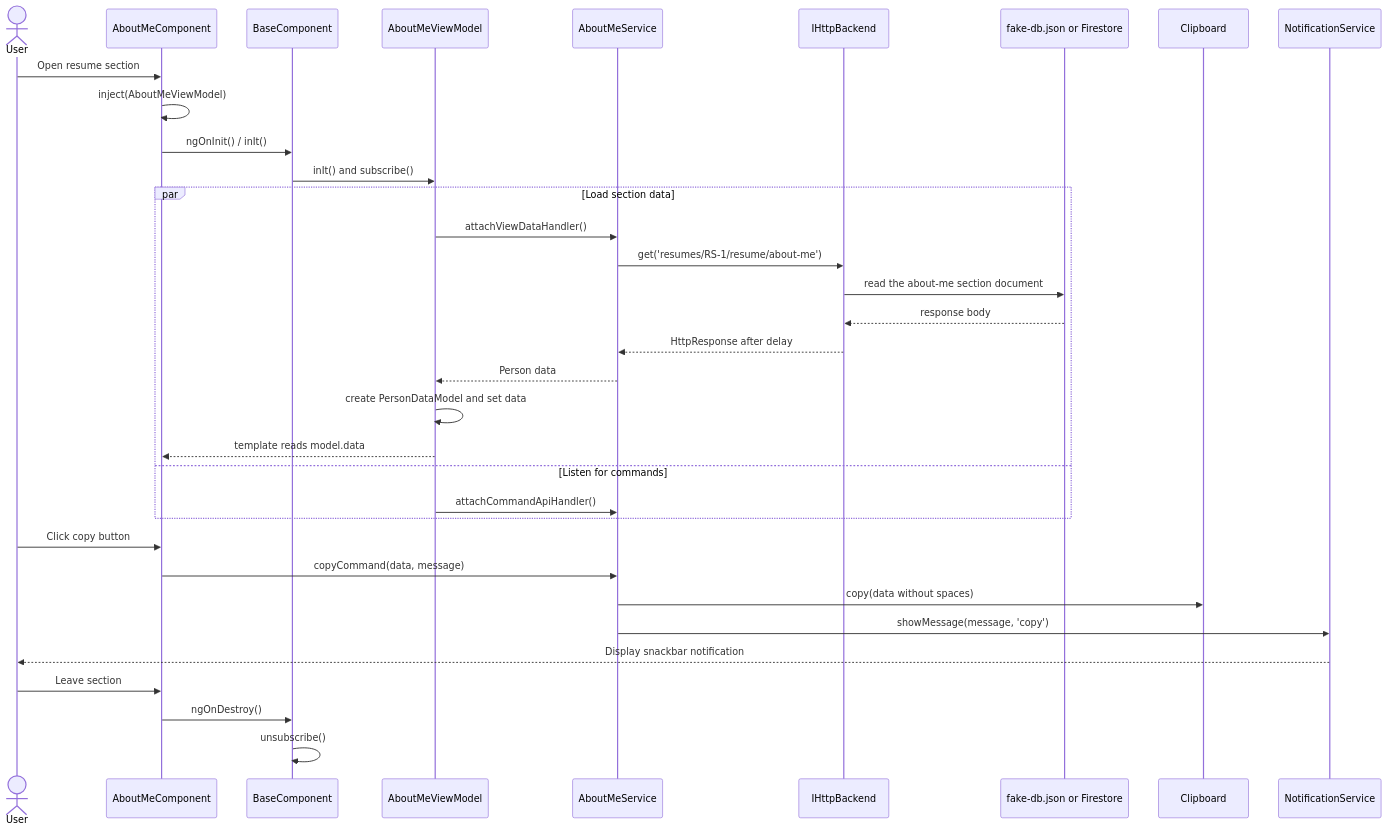
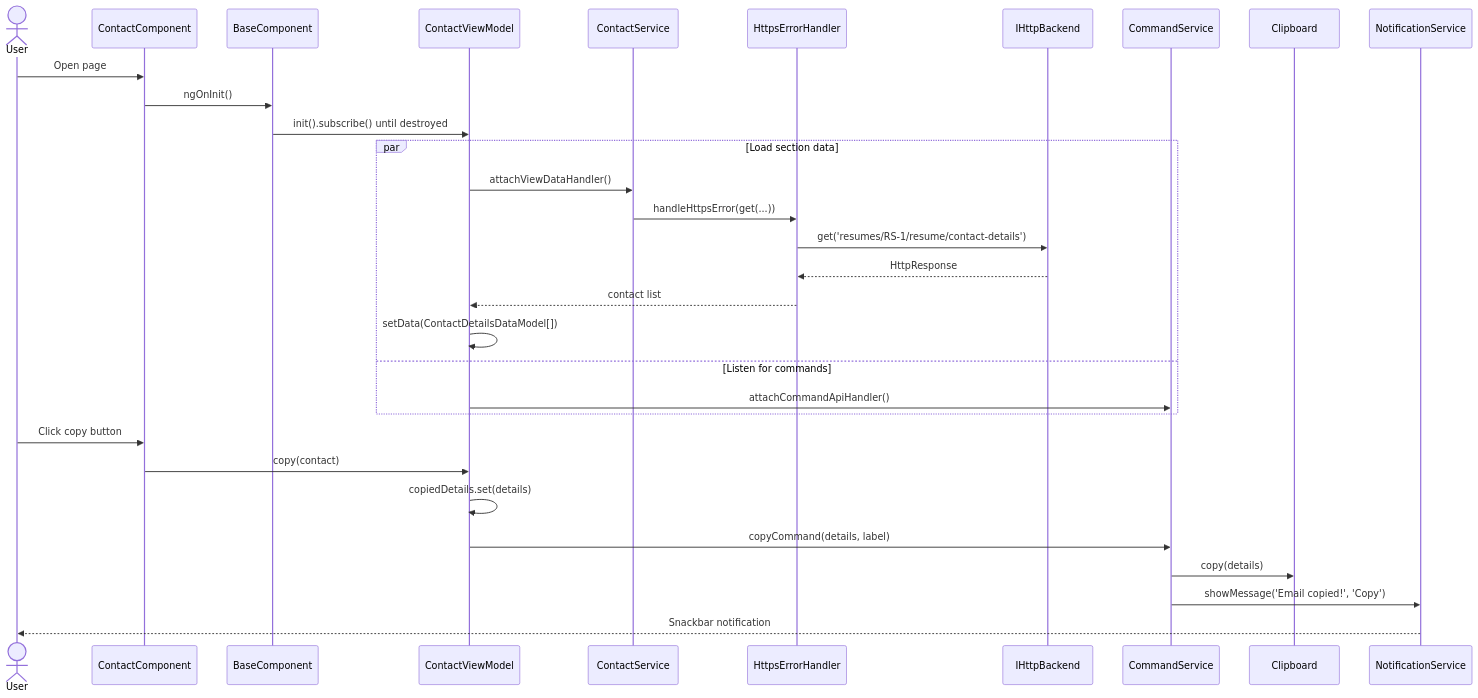
Before and after one commit to RaviAkhouri30/Resume3.0: the third of 3 diagrams in README.md, drawn with Mermaid. The commit also changed other lines of this file and 237 other files, not shown here.

````diff
--- a/README.md
+++ b/README.md
@@ -386,38 +363,35 @@
 ```mermaid
 sequenceDiagram
     actor User
-    participant AboutMe as AboutMeComponent
+    participant Contact as ContactComponent
     participant Base as BaseComponent
-    participant VM as AboutMeViewModel
-    participant Service as AboutMeService
+    participant VM as ContactViewModel
+    participant Service as ContactService
+    participant Handler as HttpsErrorHandler
     participant HTTP as IHttpBackend
-    participant DB as fake-db.json or Firestore
+    participant Commands as CommandService
     participant Clipboard
     participant Notice as NotificationService
 
-    User->>AboutMe: Open resume section
-    AboutMe->>AboutMe: inject(AboutMeViewModel)
-    AboutMe->>Base: ngOnInit() / inIt()
-    Base->>VM: inIt() and subscribe()
+    User->>Contact: Open page
+    Contact->>Base: ngOnInit()
+    Base->>VM: init().subscribe() until destroyed
     par Load section data
         VM->>Service: attachViewDataHandler()
-        Service->>HTTP: get('resumes/RS-1/resume/about-me')
-        HTTP->>DB: read the about-me section document
-        DB-->>HTTP: response body
-        HTTP-->>Service: HttpResponse after delay
-        Service-->>VM: Person data
-        VM->>VM: create PersonDataModel and set data
-        VM-->>AboutMe: template reads model.data
+        Service->>Handler: handleHttpsError(get(...))
+        Handler->>HTTP: get('resumes/RS-1/resume/contact-details')
+        HTTP-->>Handler: HttpResponse
+        Handler-->>VM: contact list
+        VM->>VM: setData(ContactDetailsDataModel[])
     and Listen for commands
-        VM->>Service: attachCommandApiHandler()
+        VM->>Commands: attachCommandApiHandler()
     end
 
-    User->>AboutMe: Click copy button
-    AboutMe->>Service: copyCommand(data, message)
-    Service->>Clipboard: copy(data without spaces)
-    Service->>Notice: showMessage(message, 'copy')
-    Notice-->>User: Display snackbar notification
-    User->>AboutMe: Leave section
-    AboutMe->>Base: ngOnDestroy()
-    Base->>Base: unsubscribe()
+    User->>Contact: Click copy button
+    Contact->>VM: copy(contact)
+    VM->>VM: copiedDetails.set(details)
+    VM->>Commands: copyCommand(details, label)
+    Commands->>Clipboard: copy(details)
+    Commands->>Notice: showMessage('Email copied!', 'Copy')
+    Notice-->>User: Snackbar notification
 ```
````
